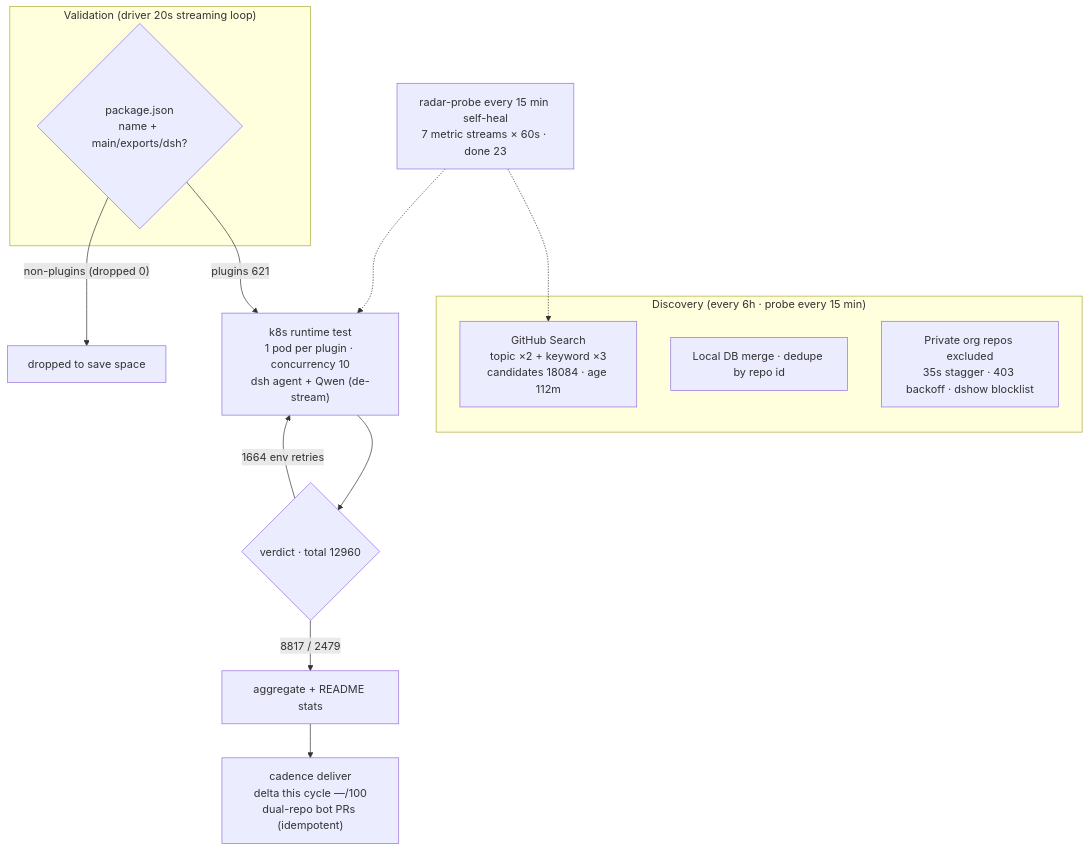
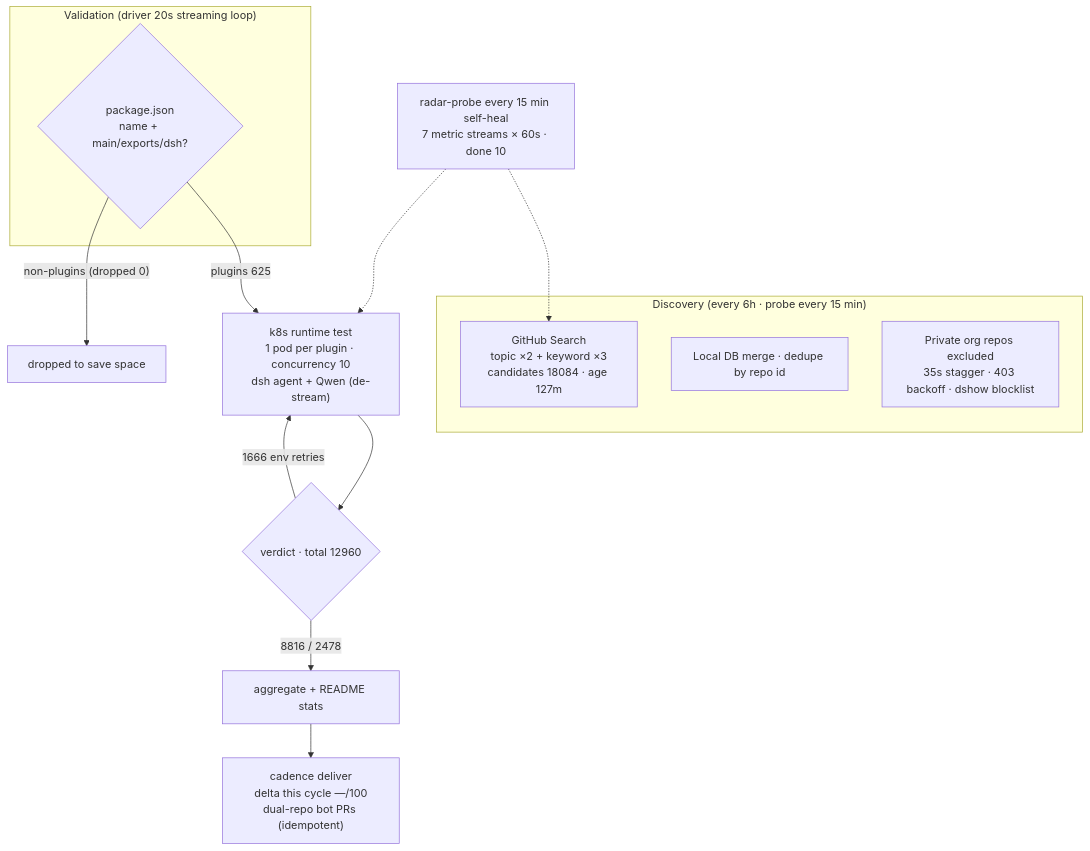
One commit to AdamPlatin123/awesome-dsh-plugins changed the diagram in README.en-US.md. Above: the diagram before and after it, drawn with Mermaid. The commit also changed other lines of this file and 5 other files, not shown here.

````diff
--- a/README.en-US.md
+++ b/README.en-US.md
@@ -45,20 +45,20 @@
 ```mermaid
 flowchart TB
     subgraph Discovery["Discovery (every 6h · probe every 15 min)"]
-        A1["GitHub Search<br/>topic ×2 + keyword ×3<br/>candidates 18084 · age 112m"]
+        A1["GitHub Search<br/>topic ×2 + keyword ×3<br/>candidates 18084 · age 127m"]
         A2["Local DB merge · dedupe by repo id"]
         A3["Private org repos excluded<br/>35s stagger · 403 backoff · dshow blocklist"]
     end
     subgraph Validation["Validation (driver 20s streaming loop)"]
         B1{"package.json<br/>name + main/exports/dsh?"}
     end
-    B1 -->|"plugins 621"| C1["k8s runtime test<br/>1 pod per plugin · concurrency 10<br/>dsh agent + Qwen (de-stream)"]
+    B1 -->|"plugins 625"| C1["k8s runtime test<br/>1 pod per plugin · concurrency 10<br/>dsh agent + Qwen (de-stream)"]
     B1 -->|"non-plugins (dropped 0)"| B3["dropped to save space"]
     C1 --> D1{"verdict · total 12960"}
-    D1 -->|"8817 / 2479"| E1["aggregate + README stats"]
-    D1 -->|"1664 env retries"| C1
+    D1 -->|"8816 / 2478"| E1["aggregate + README stats"]
+    D1 -->|"1666 env retries"| C1
     E1 --> E2["cadence deliver<br/>delta this cycle —/100<br/>dual-repo bot PRs (idempotent)"]
-    M["radar-probe every 15 min self-heal<br/>7 metric streams × 60s · done 23"]
+    M["radar-probe every 15 min self-heal<br/>7 metric streams × 60s · done 10"]
     M -.-> A1
     M -.-> C1
 ```
````
